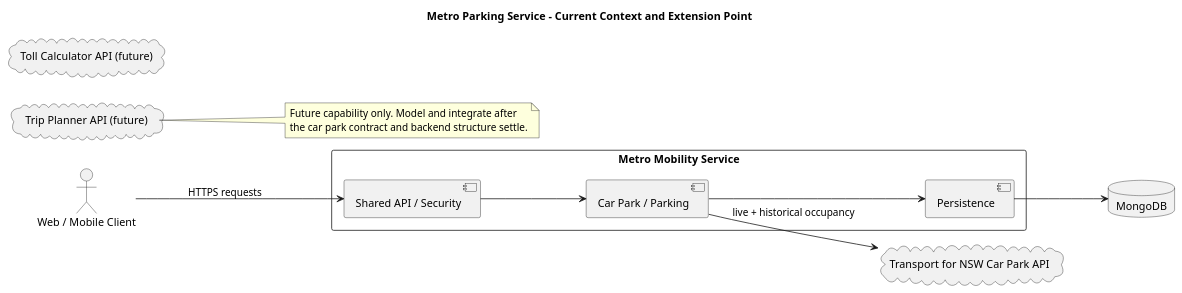
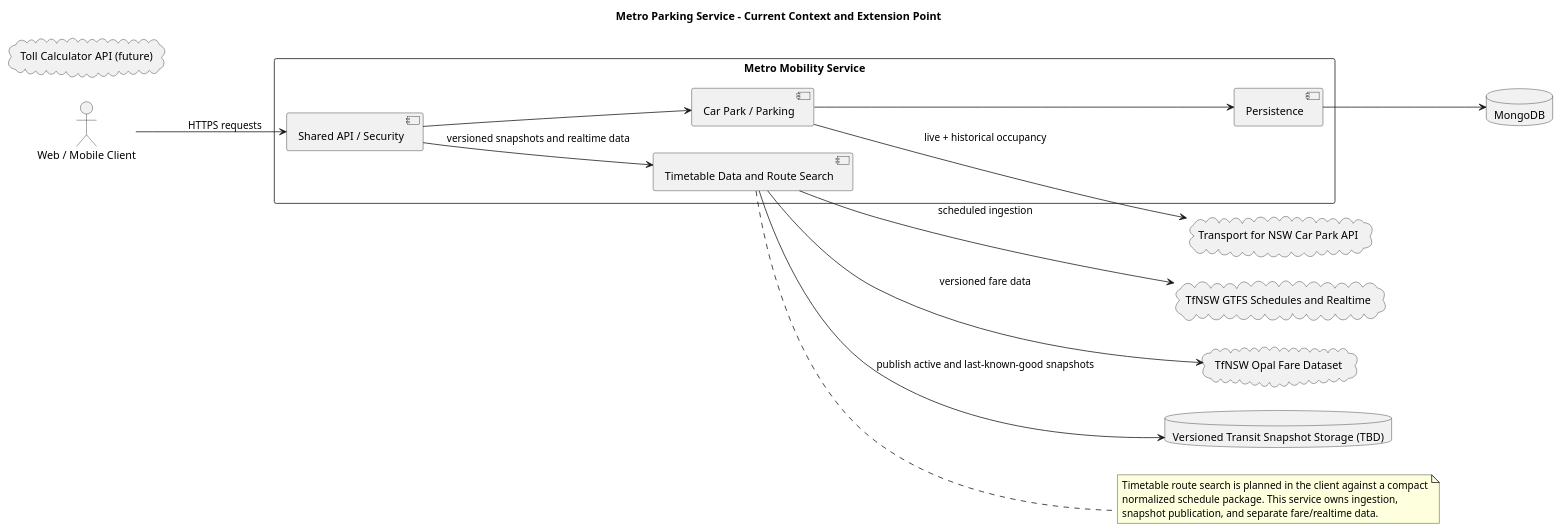
Before and after one commit to Ethan-Singh/metro-parking-web-service: the diagram in domain/models/system-context.puml, drawn with PlantUML. The commit also changed 24 other files, not shown here.

Commit message:
feat: add timetable and Opal fare domain models

```diff
--- a/domain/models/system-context.puml
+++ b/domain/models/system-context.puml
@@ -1,29 +1,37 @@
 @startuml
 title Metro Parking Service - Current Context and Extension Point
 left to right direction
 skinparam packageStyle rectangle
 
 actor "Web / Mobile Client" as User
 
 rectangle "Metro Mobility Service" as App {
   component "Car Park / Parking" as Parking
+  component "Timetable Data and Route Search" as Timetable
   component "Shared API / Security" as Api
   component "Persistence" as Store
 }
 
 cloud "Transport for NSW Car Park API" as ParkingProvider
-cloud "Trip Planner API (future)" as TripProvider
+cloud "TfNSW GTFS Schedules and Realtime" as TransitProvider
+cloud "TfNSW Opal Fare Dataset" as OpalProvider
 cloud "Toll Calculator API (future)" as TollProvider
+database "Versioned Transit Snapshot Storage (TBD)" as TransitStore
 database "MongoDB" as Mongo
 
 User --> Api : HTTPS requests
 Api --> Parking
+Api --> Timetable : versioned snapshots and realtime data
 Parking --> ParkingProvider : live + historical occupancy
 Parking --> Store
+Timetable --> TransitProvider : scheduled ingestion
+Timetable --> OpalProvider : versioned fare data
+Timetable --> TransitStore : publish active and last-known-good snapshots
 Store --> Mongo
 
-note right of TripProvider
-  Future capability only. Model and integrate after
-  the car park contract and backend structure settle.
+note right of Timetable
+  Timetable route search is planned in the client against a compact
+  normalized schedule package. This service owns ingestion,
+  snapshot publication, and separate fare/realtime data.
 end note
 @enduml
```
